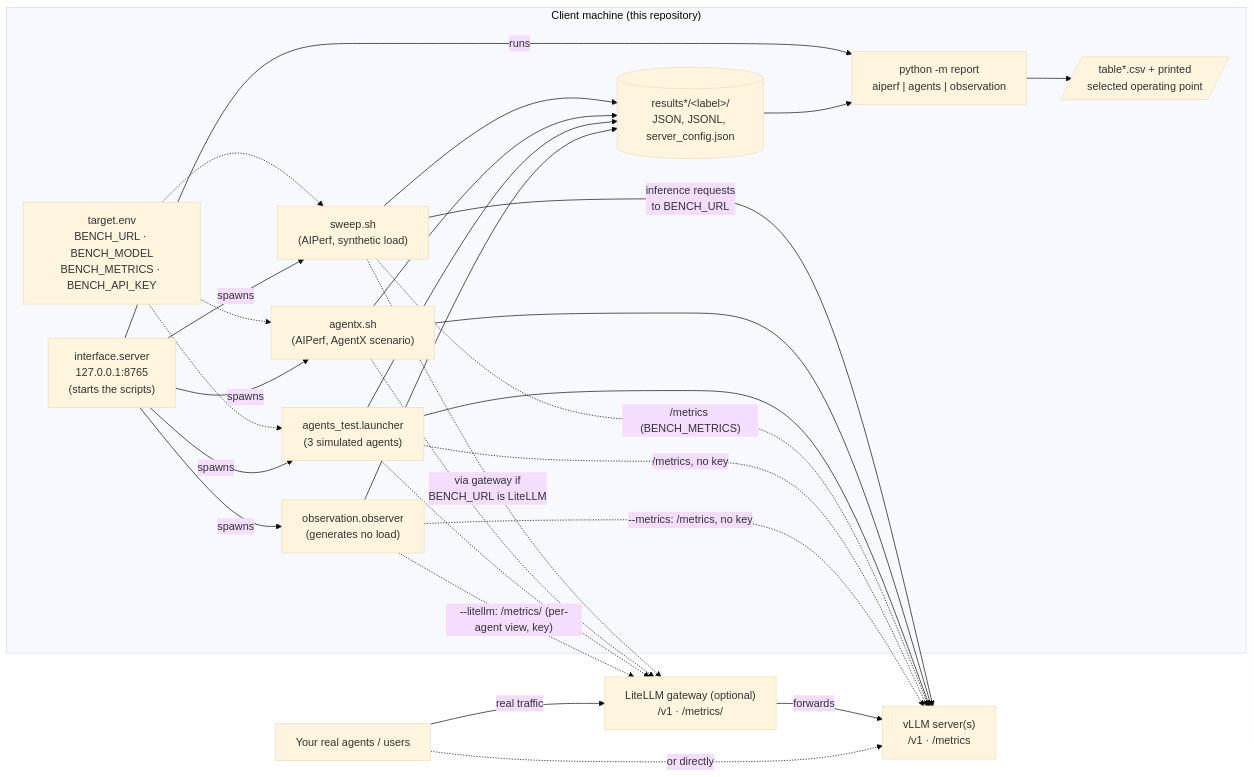
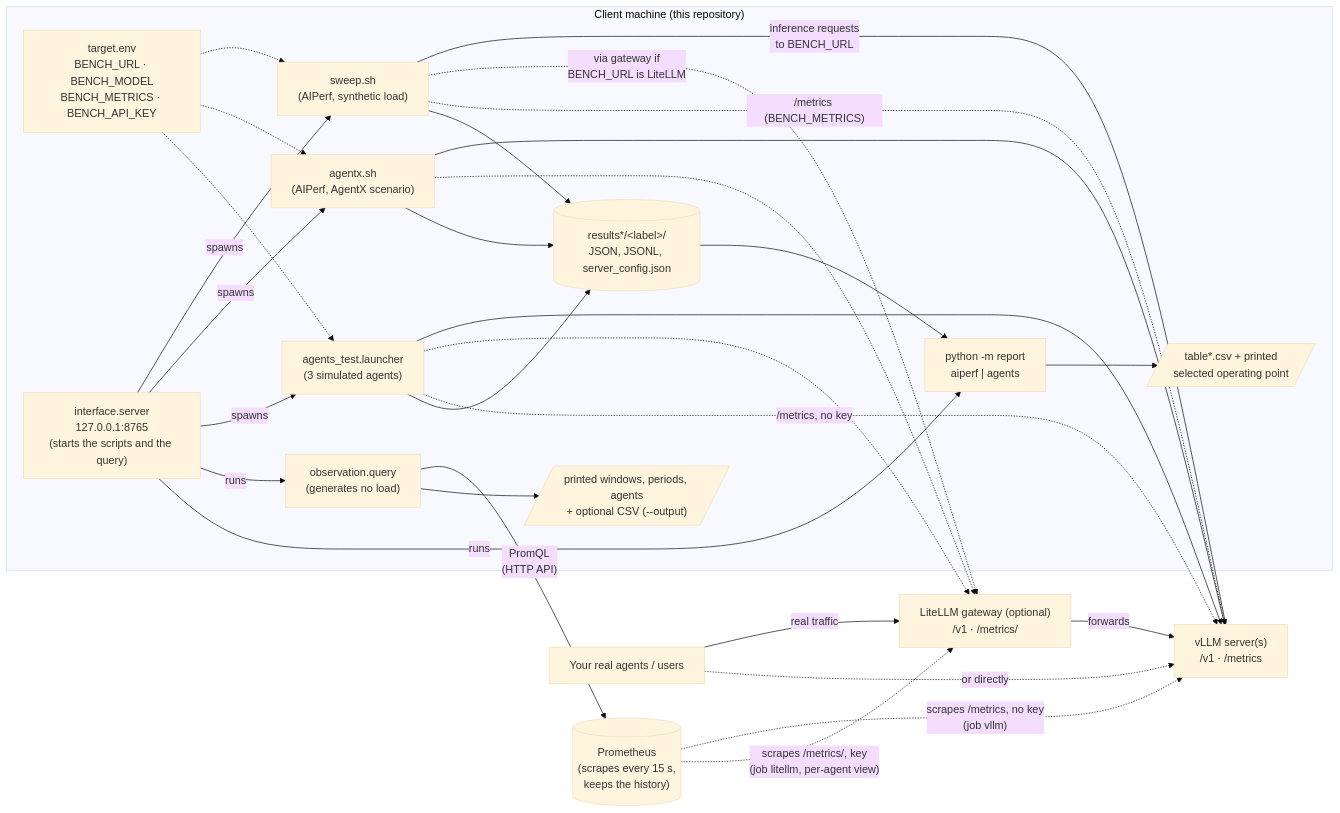
The diagram in README.md (Shevehs/banc-gpu), drawn with Mermaid (base theme) before and after one commit. The commit also changed other lines of this file and 53 other files, not shown here.

First line of the commit message:
Port the Prometheus observation (8c5bdb8) onto the English tree

````diff
--- a/README.md
+++ b/README.md
@@ -128,47 +131,50 @@
 ```mermaid
 flowchart LR
   subgraph client["Client machine (this repository)"]
     env["target.env<br/>BENCH_URL · BENCH_MODEL<br/>BENCH_METRICS · BENCH_API_KEY"]
     sweep["sweep.sh<br/>(AIPerf, synthetic load)"]
     agentx["agentx.sh<br/>(AIPerf, AgentX scenario)"]
     launcher["agents_test.launcher<br/>(3 simulated agents)"]
-    observer["observation.observer<br/>(generates no load)"]
-    ui["interface.server<br/>127.0.0.1:8765<br/>(starts the scripts)"]
+    query["observation.query<br/>(generates no load)"]
+    ui["interface.server<br/>127.0.0.1:8765<br/>(starts the scripts and the query)"]
     results[("results*/&lt;label&gt;/<br/>JSON, JSONL, server_config.json")]
-    report["python -m report<br/>aiperf | agents | observation"]
+    report["python -m report<br/>aiperf | agents"]
     tables[/"table*.csv + printed<br/>selected operating point"/]
+    windows[/"printed windows, periods, agents<br/>+ optional CSV (--output)"/]
   end
+  prom[("Prometheus<br/>(scrapes every 15 s,<br/>keeps the history)")]
   gw["LiteLLM gateway (optional)<br/>/v1 · /metrics/"]
   vllm["vLLM server(s)<br/>/v1 · /metrics"]
   yours["Your real agents / users"]
 
   env -.-> sweep
   env -.-> agentx
   env -.-> launcher
   ui -->|spawns| sweep
   ui -->|spawns| agentx
   ui -->|spawns| launcher
-  ui -->|spawns| observer
+  ui -->|runs| query
   ui -->|runs| report
 
   sweep -->|"inference requests<br/>to BENCH_URL"| vllm
   agentx --> vllm
   launcher --> vllm
   sweep -.->|"via gateway if<br/>BENCH_URL is LiteLLM"| gw
   agentx -.-> gw
   launcher -.-> gw
   gw -->|forwards| vllm
   yours -->|real traffic| gw
   yours -.->|or directly| vllm
 
   sweep -. "/metrics (BENCH_METRICS)" .-> vllm
   launcher -. "/metrics, no key" .-> vllm
-  observer -. "--metrics: /metrics, no key" .-> vllm
-  observer -. "--litellm: /metrics/ (per-agent view, key)" .-> gw
+  prom -. "scrapes /metrics, no key<br/>(job vllm)" .-> vllm
+  prom -. "scrapes /metrics/, key<br/>(job litellm, per-agent view)" .-> gw
+  query -->|"PromQL<br/>(HTTP API)"| prom
+  query --> windows
 
   sweep --> results
   agentx --> results
   launcher --> results
-  observer --> results
   results --> report --> tables
 ```
````
